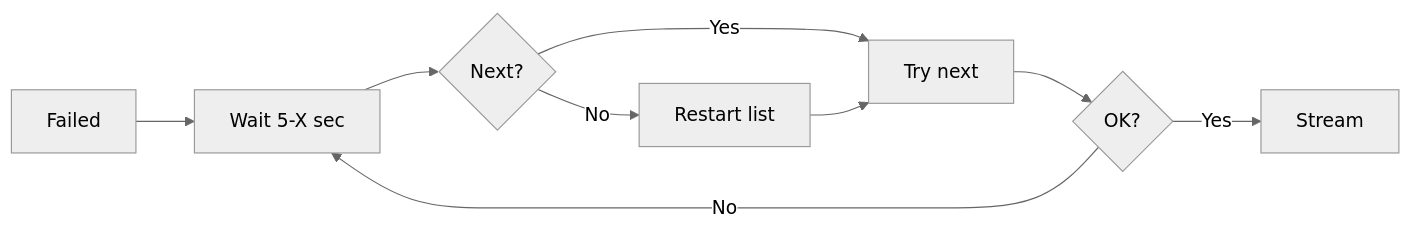
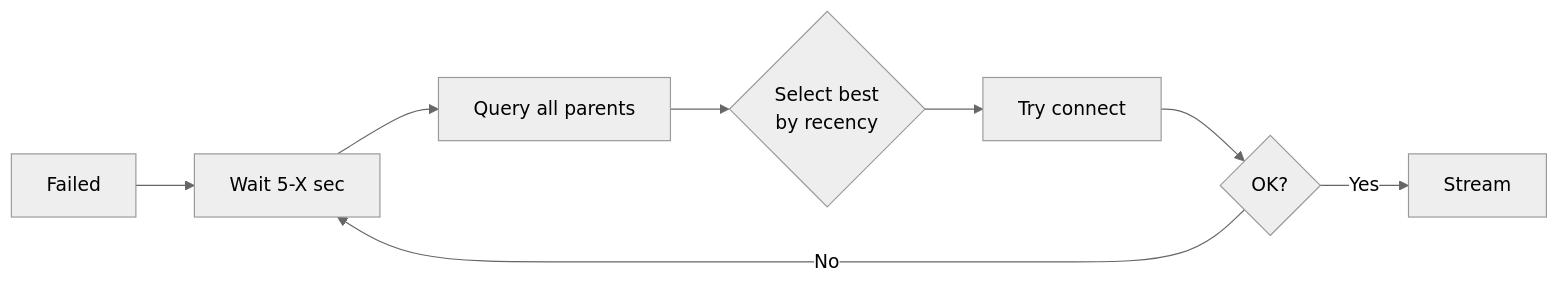
One commit to netdata/netdata changed the second of 2 diagrams in docs/streaming-routing.md. Above: the diagram before and after it, drawn with Mermaid (neutral theme). The commit also changed other lines of this file, not shown here.

````diff
--- a/docs/streaming-routing.md
+++ b/docs/streaming-routing.md
@@ -78,11 +90,10 @@
 ```mermaid
 graph LR
     A[Failed] --> B[Wait 5-X sec]
-    B --> C{Next?}
-    C -->|Yes| D[Try next]
-    C -->|No| E[Restart list]
-    E --> D
-    D --> F{OK?}
+    B --> C[Query all parents]
+    C --> D{Select best<br/>by recency}
+    D --> E[Try connect]
+    E --> F{OK?}
     F -->|No| B
     F -->|Yes| G[Stream]
 ```
````
